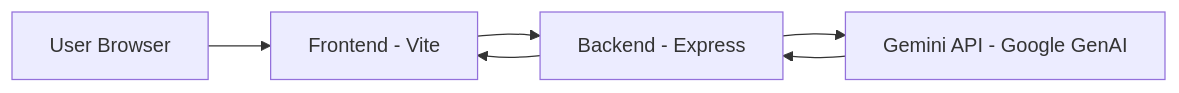
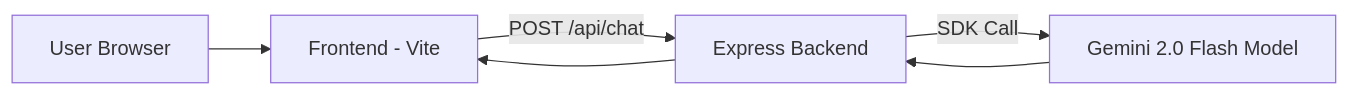
The diagram in README.md (vinaymcscet/AI-Chatbot-Integration-with-Google-Gemini), drawn with Mermaid before and after one commit.

````diff
--- a/README.md
+++ b/README.md
@@ -45,8 +45,8 @@
    ```mermaid
    flowchart LR
       A[User Browser] --> B[Frontend - Vite]
-      B --> C[Backend - Express]
-      C --> D[Gemini API - Google GenAI]
+      B -->|POST /api/chat| C[Express Backend]
+      C -->|SDK Call| D[Gemini 2.0 Flash Model]
       D --> C
       C --> B
    ```
````
